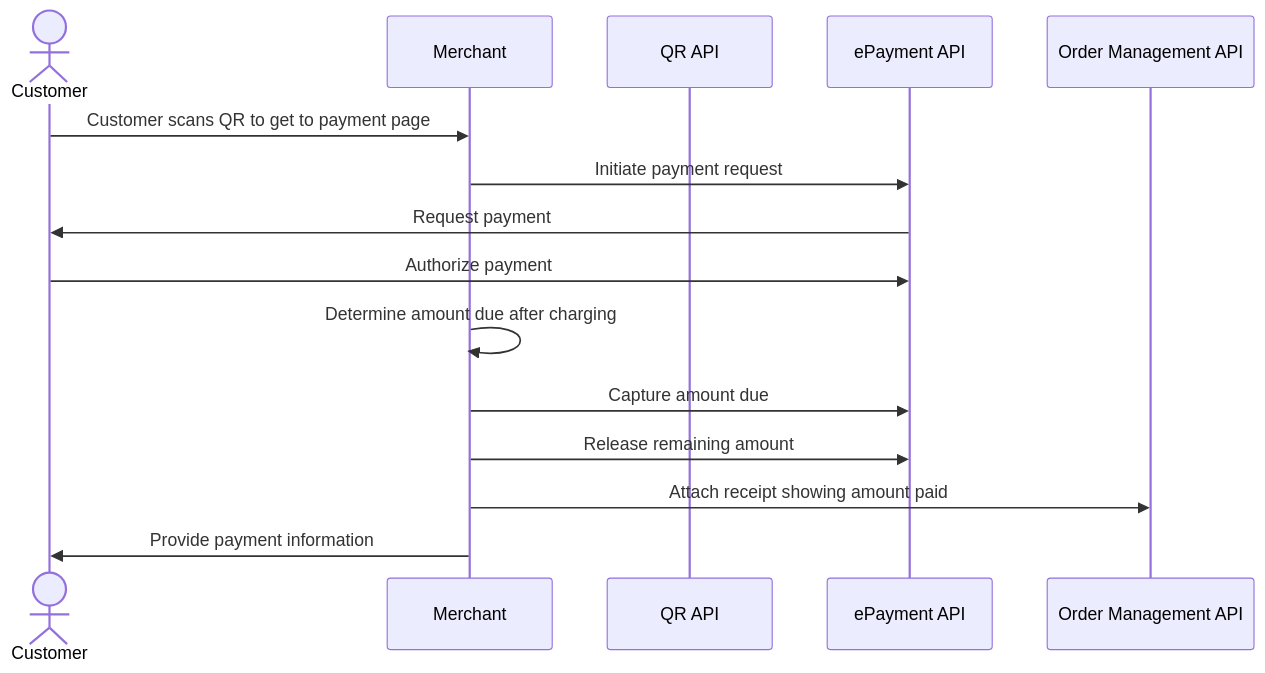
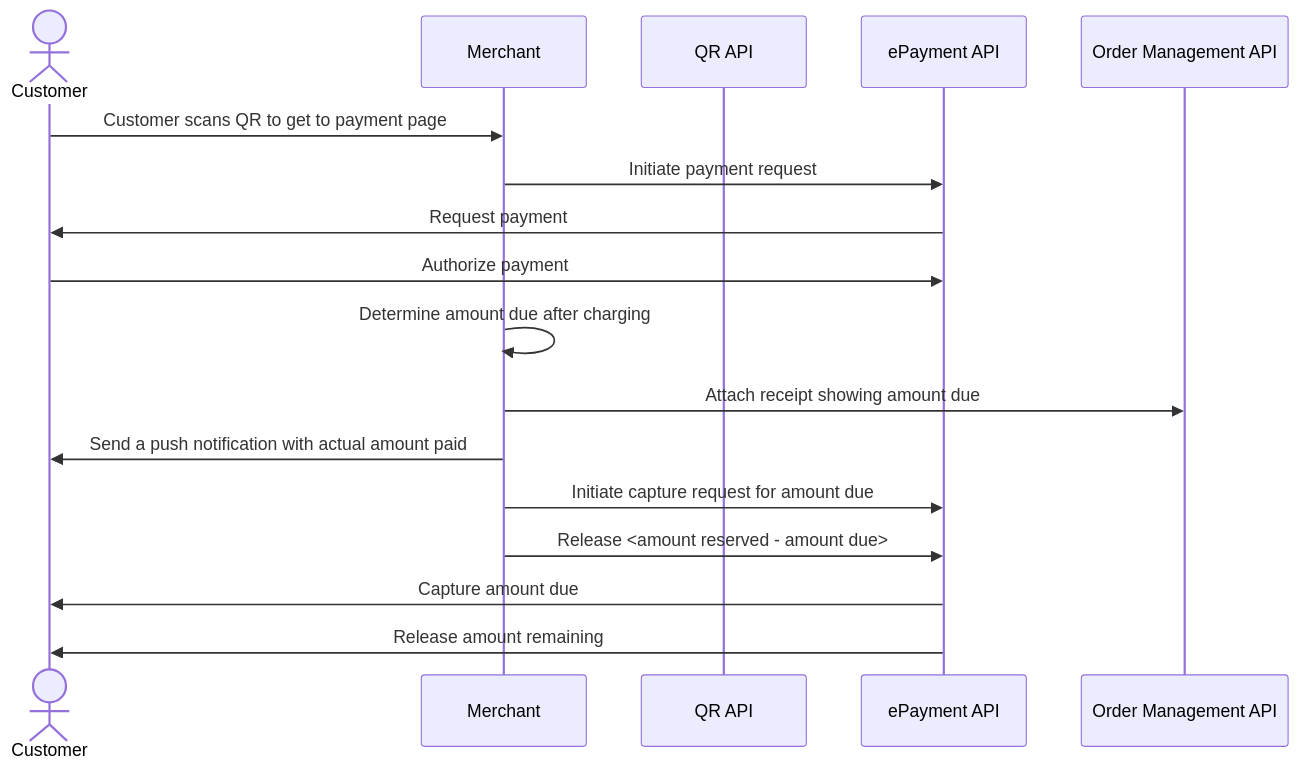
The diagram in ev-charging/README.md (vippsas/vipps-solutions), drawn with Mermaid before and after one commit. The commit also changed 13 other files, not shown here.

Commit message:
Sequence diagrams: Add line to initiate payment capture

````diff
--- a/ev-charging/README.md
+++ b/ev-charging/README.md
@@ -121,18 +121,20 @@
 ``` mermaid
 sequenceDiagram
     actor C as Customer
     participant M as Merchant
     participant QR as QR API
     participant ePayment as ePayment API
     participant ordermanagement as Order Management API
 
     C->>M: Customer scans QR to get to payment page
     M->>ePayment: Initiate payment request
     ePayment->>C: Request payment
     C->>ePayment: Authorize payment
     M->>M: Determine amount due after charging
-    M->>ePayment: Capture amount due
-    M->>ePayment: Release remaining amount
-    M->>ordermanagement: Attach receipt showing amount paid
-    M->>C: Provide payment information
+    M->>ordermanagement: Attach receipt showing amount due
+    M->>C: Send a push notification with actual amount paid
+    M->>ePayment: Initiate capture request for amount due
+    M->>ePayment: Release <amount reserved - amount due>
+    ePayment->>C: Capture amount due
+    ePayment->>C: Release amount remaining 
 ```
````
